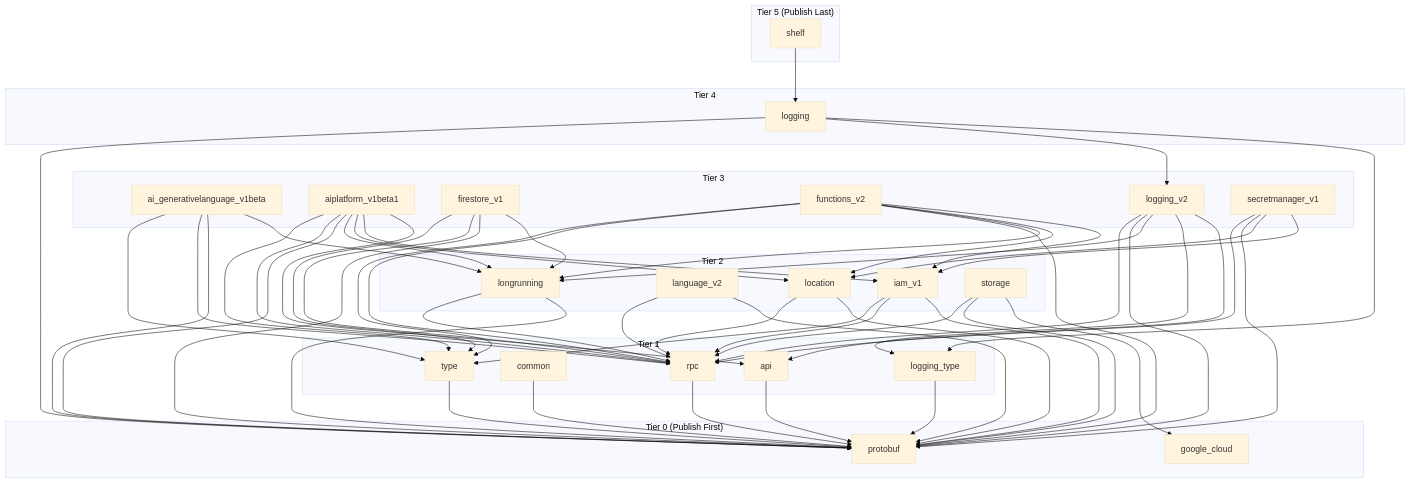
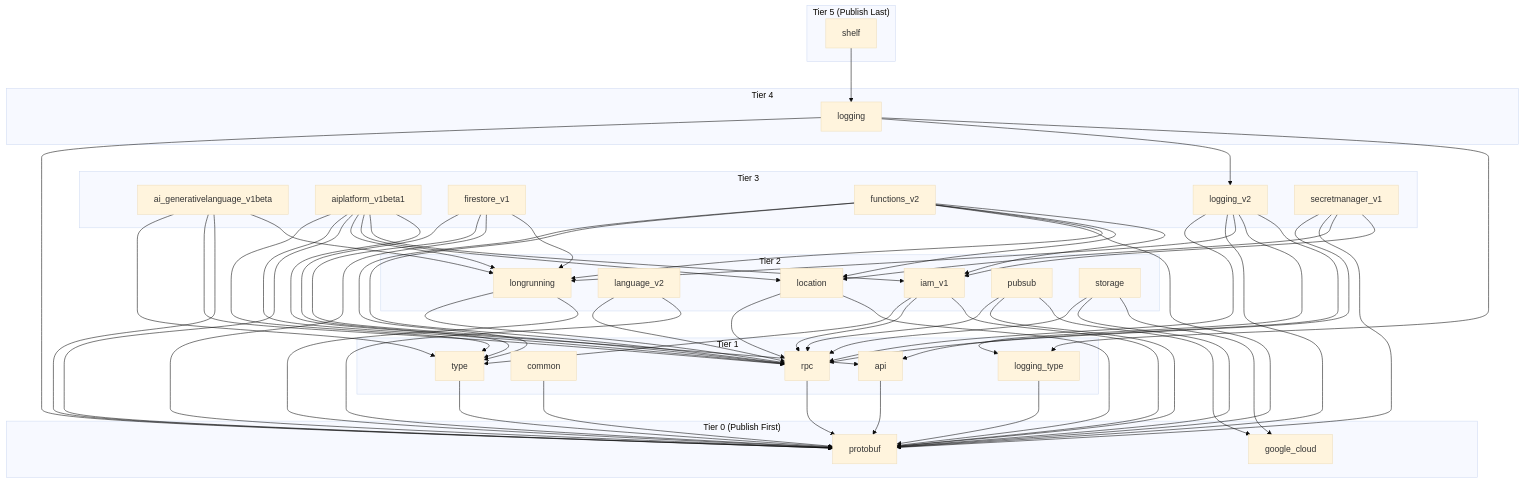
One commit to googleapis/google-cloud-dart changed the diagram in DEVELOPER_GUIDE.md. Above: the diagram before and after it, drawn with Mermaid (base theme). The commit also changed 2 other files, not shown here.

Commit message:
Regenerate workspace dependency diagram and update docs to include google_cloud_pubsub

```diff
--- a/DEVELOPER_GUIDE.md
+++ b/DEVELOPER_GUIDE.md
@@ -32,6 +32,7 @@
     google_cloud_language_v2["language_v2"]
     google_cloud_location["location"]
     google_cloud_longrunning["longrunning"]
+    google_cloud_pubsub["pubsub"]
     google_cloud_storage["storage"]
   end
 
@@ -93,6 +94,9 @@
   google_cloud_logging_v2 --> google_cloud_rpc
   google_cloud_longrunning --> google_cloud_protobuf
   google_cloud_longrunning --> google_cloud_rpc
+  google_cloud_pubsub --> google_cloud
+  google_cloud_pubsub --> google_cloud_protobuf
+  google_cloud_pubsub --> google_cloud_rpc
   google_cloud_rpc --> google_cloud_protobuf
   google_cloud_secretmanager_v1 --> google_cloud_iam_v1
   google_cloud_secretmanager_v1 --> google_cloud_location
```
